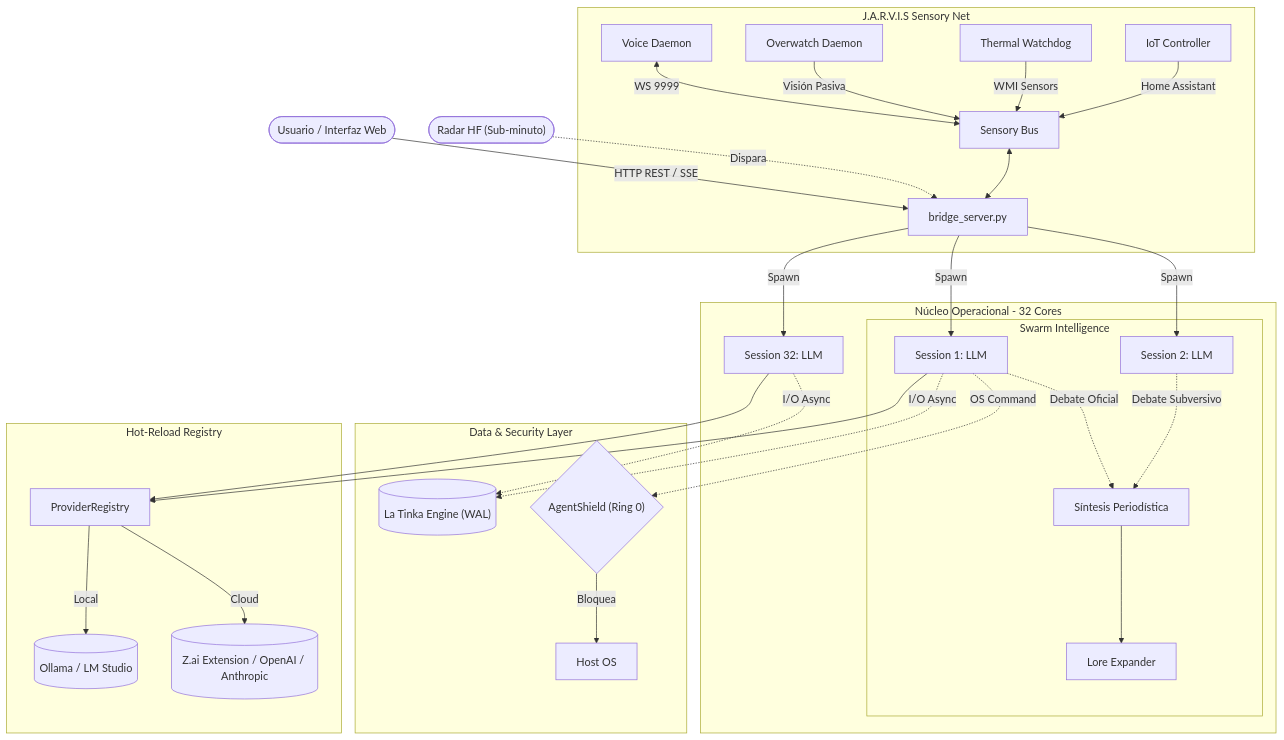
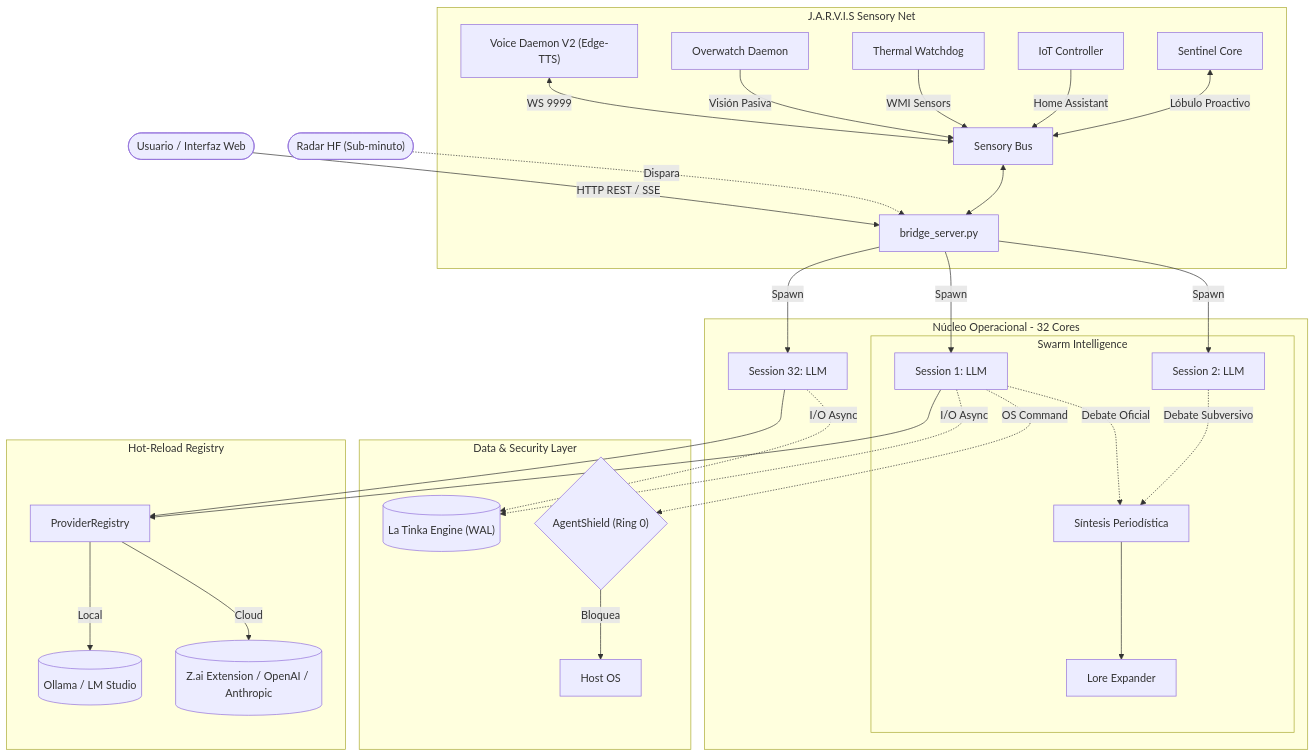
One commit to DarckRovert/Gravity_AI_bridge changed the first of 2 diagrams in README.md. Above: the diagram before and after it, drawn with Mermaid. The commit also changed 2 other files, not shown here.

Commit message:
chore: Gravity AI Bridge V16.8 PRO [Sentinel-Tier] - estabilizado 2026-06-28 14:58

````diff
--- a/README.md
+++ b/README.md
@@ -33,39 +33,40 @@
 ```mermaid
 graph TD
     User(["Usuario / Interfaz Web"]) -->|HTTP REST / SSE| Bridge["bridge_server.py"]
     Radar(["Radar HF (Sub-minuto)"]) -.->|Dispara| Bridge
     
     subgraph J.A.R.V.I.S Sensory Net
-        Voice["Voice Daemon"] <-->|WS 9999| Bus["Sensory Bus"]
+        Voice["Voice Daemon V2 (Edge-TTS)"] <-->|WS 9999| Bus["Sensory Bus"]
         Vision["Overwatch Daemon"] -->|Visión Pasiva| Bus
         Thermal["Thermal Watchdog"] -->|WMI Sensors| Bus
         IoT["IoT Controller"] -->|Home Assistant| Bus
+        Sentinel["Sentinel Core"] <-->|Lóbulo Proactivo| Bus
         Bus <--> Bridge
     end
     subgraph Gravity Core [Núcleo Operacional - 32 Cores]
         Bridge -->|Spawn| Worker1[Session 1: LLM]
         Bridge -->|Spawn| Worker2[Session 2: LLM]
         Bridge -->|Spawn| WorkerN[Session 32: LLM]
         
         subgraph Swarm Intelligence
             Worker1 -.->|Debate Oficial| Editor
             Worker2 -.->|Debate Subversivo| Editor
             Editor[Síntesis Periodística] --> Lore[Lore Expander]
         end
     end
     
     subgraph Data & Security Layer
         Worker1 -.->|I/O Async| Tinka[("La Tinka Engine (WAL)")]
         WorkerN -.->|I/O Async| Tinka
         Worker1 -.->|OS Command| Shield{"AgentShield (Ring 0)"}
         Shield -->|Bloquea| OS["Host OS"]
     end
     
     subgraph Hot-Reload Registry
         Registry["ProviderRegistry"] -->|Local| Ollama[("Ollama / LM Studio")]
         Registry -->|Cloud| Cloud[("Z.ai Extension / OpenAI / Anthropic")]
     end
     
     Worker1 --> Registry
     WorkerN --> Registry
 ```
````
